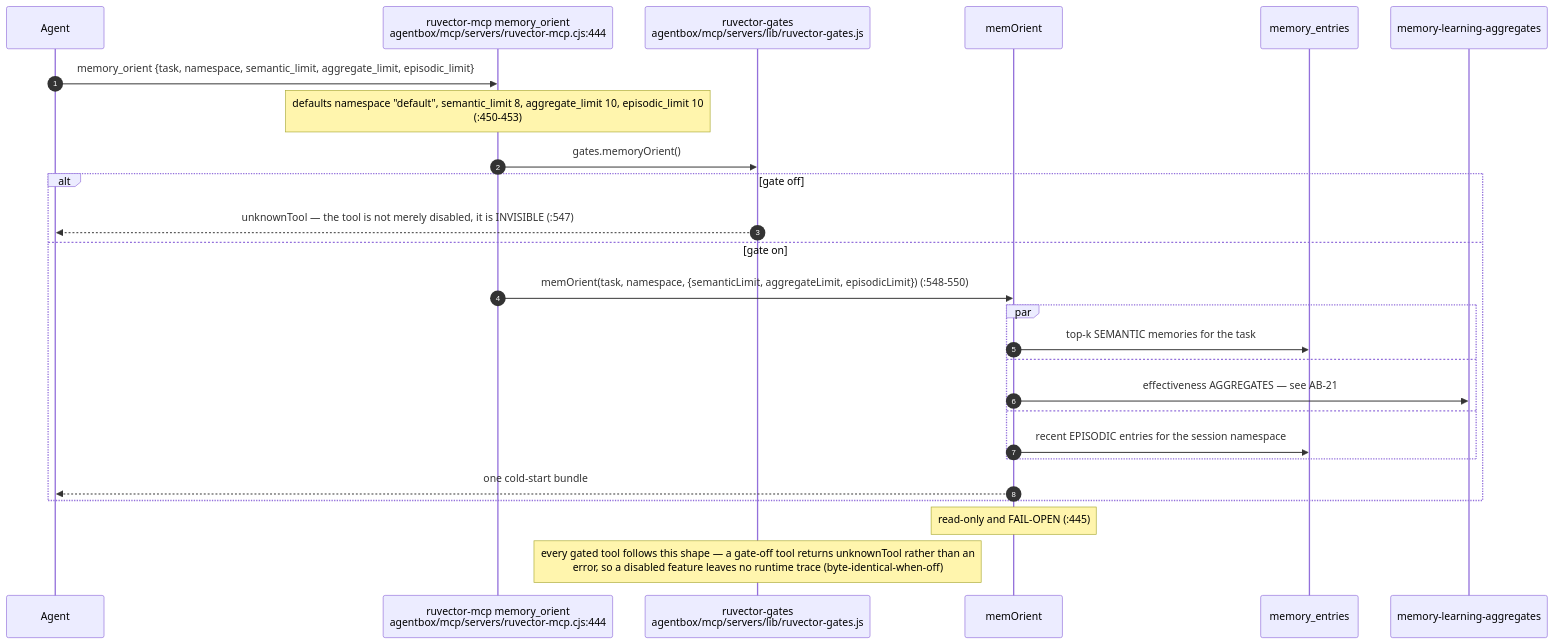
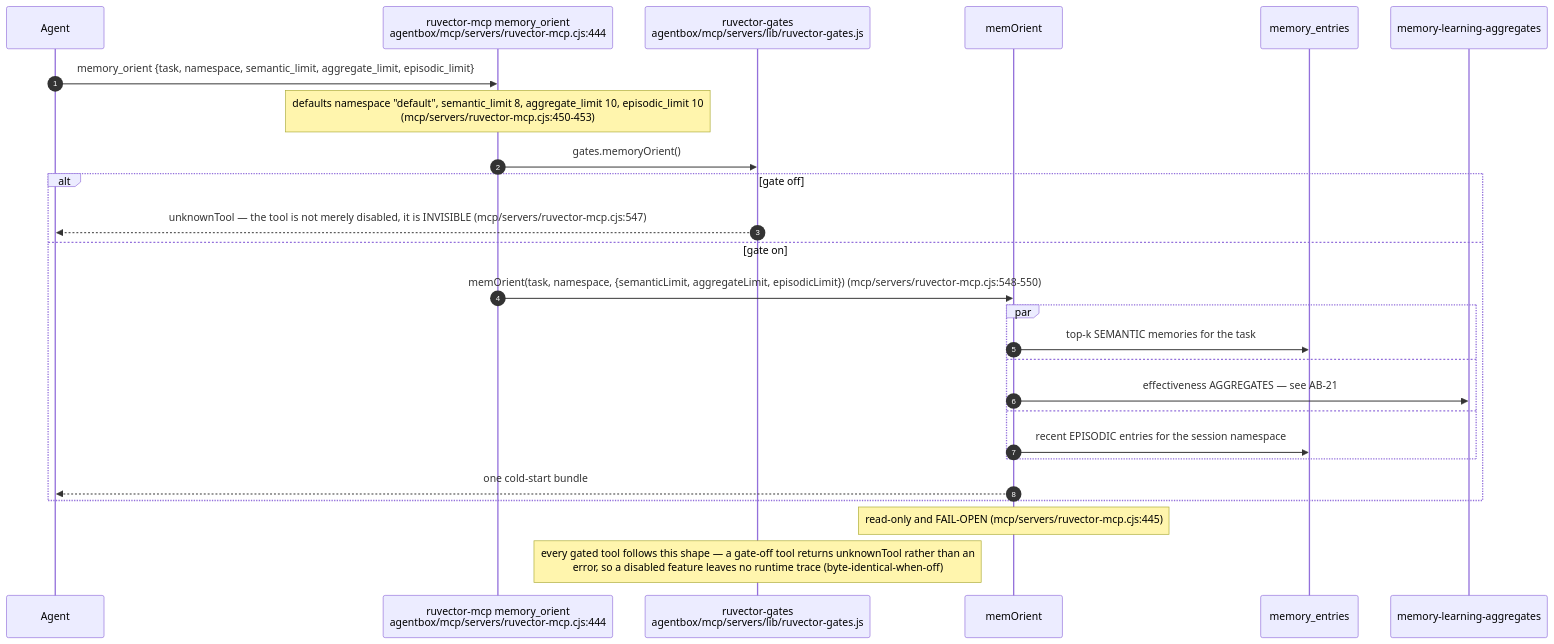
Before and after one commit to DreamLab-AI/VisionFlow: the sixth of 12 diagrams in docs/diagrams/agentbox/20-ruvector-memory-path.md, drawn with Mermaid. The commit also changed other lines of this file and 7 other files, not shown here.

Commit message:
docs(diagrams): bind closeout security and retrieval flows to source

````diff
--- a/docs/diagrams/agentbox/20-ruvector-memory-path.md
+++ b/docs/diagrams/agentbox/20-ruvector-memory-path.md
@@ -215,29 +215,29 @@
 ```mermaid
 sequenceDiagram
     autonumber
     participant AG as Agent
     participant SRV as ruvector-mcp memory_orient<br/>agentbox/mcp/servers/ruvector-mcp.cjs:444
     participant G as ruvector-gates<br/>agentbox/mcp/servers/lib/ruvector-gates.js
     participant OR as memOrient
     participant PG as memory_entries
     participant AGG as memory-learning-aggregates
 
     AG->>SRV: memory_orient {task, namespace, semantic_limit, aggregate_limit, episodic_limit}
-    Note over SRV: defaults namespace "default", semantic_limit 8, aggregate_limit 10, episodic_limit 10<br/>(:450-453)
+    Note over SRV: defaults namespace "default", semantic_limit 8, aggregate_limit 10, episodic_limit 10<br/>(mcp/servers/ruvector-mcp.cjs:450-453)
     SRV->>G: gates.memoryOrient()
     alt gate off
-        G-->>AG: unknownTool — the tool is not merely disabled, it is INVISIBLE (:547)
+        G-->>AG: unknownTool — the tool is not merely disabled, it is INVISIBLE (mcp/servers/ruvector-mcp.cjs:547)
     else gate on
-        SRV->>OR: memOrient(task, namespace, {semanticLimit, aggregateLimit, episodicLimit}) (:548-550)
+        SRV->>OR: memOrient(task, namespace, {semanticLimit, aggregateLimit, episodicLimit}) (mcp/servers/ruvector-mcp.cjs:548-550)
         par
             OR->>PG: top-k SEMANTIC memories for the task
         and
             OR->>AGG: effectiveness AGGREGATES — see AB-21
         and
             OR->>PG: recent EPISODIC entries for the session namespace
         end
         OR-->>AG: one cold-start bundle
     end
-    Note over OR: read-only and FAIL-OPEN (:445)
+    Note over OR: read-only and FAIL-OPEN (mcp/servers/ruvector-mcp.cjs:445)
     Note over G: every gated tool follows this shape — a gate-off tool returns unknownTool rather than an<br/>error, so a disabled feature leaves no runtime trace (byte-identical-when-off)
 ```
````
